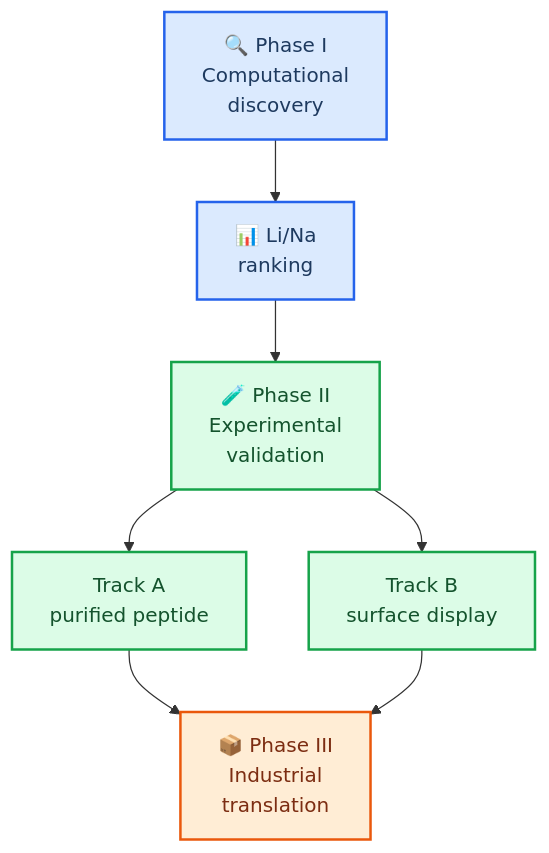
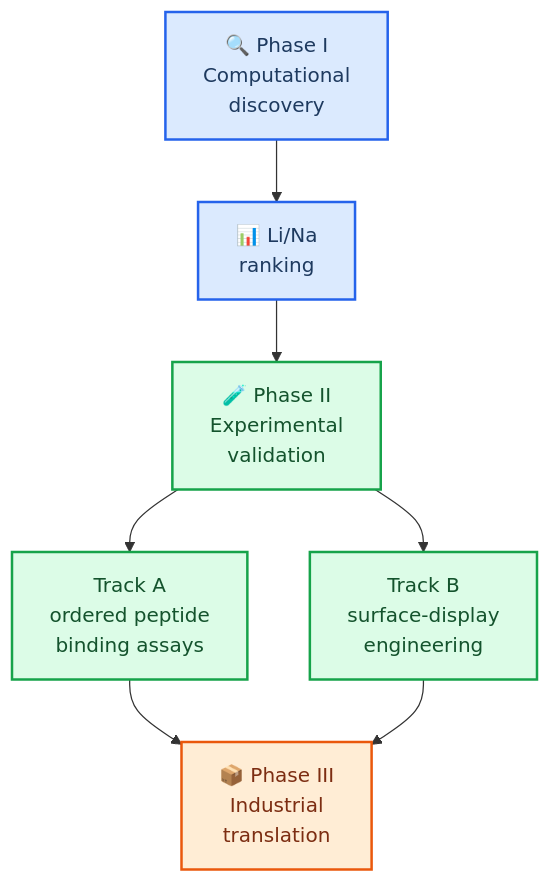
Before and after one commit to jackyissocute/LiSPER: the second of 5 diagrams in README.md, drawn with Mermaid. The commit also changed other lines of this file and 11 other files, not shown here.

````diff
--- a/README.md
+++ b/README.md
@@ -80,26 +80,26 @@
 ```mermaid
 flowchart TD
     accTitle: LiSPER Three-Phase Roadmap
-    accDescr: LiSPER moves from computational discovery to two parallel experimental validation tracks and then to industrial translation.
+    accDescr: LiSPER moves from computational discovery to ordered synthetic peptide binding assays, then surface-display engineering, and finally industrial translation.
 
     phase_one["🔍 Phase I<br/>Computational<br/>discovery"]
     rank["📊 Li/Na<br/>ranking"]
     phase_two["🧪 Phase II<br/>Experimental<br/>validation"]
-    track_a["Track A<br/>purified peptide"]
-    track_b["Track B<br/>surface display"]
+    track_a["Track A<br/>ordered peptide<br/>binding assays"]
+    track_b["Track B<br/>surface-display<br/>engineering"]
     phase_three["📦 Phase III<br/>Industrial<br/>translation"]
 
     phase_one --> rank
     rank --> phase_two
     phase_two --> track_a
     phase_two --> track_b
     track_a --> phase_three
     track_b --> phase_three
 
     classDef computational fill:#dbeafe,stroke:#2563eb,stroke-width:2px,color:#1e3a5f
     classDef experimental fill:#dcfce7,stroke:#16a34a,stroke-width:2px,color:#14532d
     classDef industrial fill:#ffedd5,stroke:#ea580c,stroke-width:2px,color:#7c2d12
     class phase_one,rank computational
     class phase_two,track_a,track_b experimental
     class phase_three industrial
 ```
````
